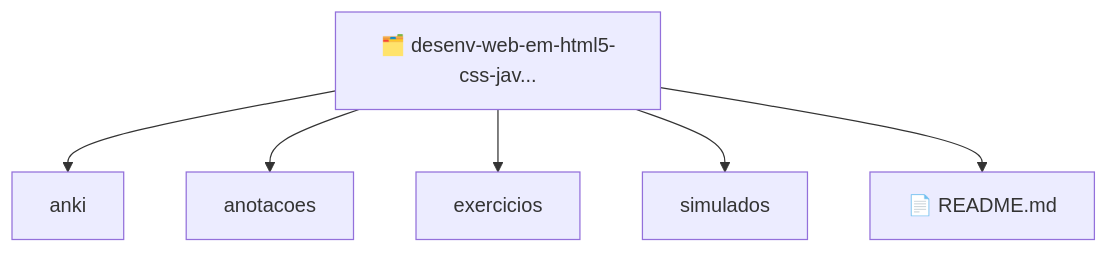
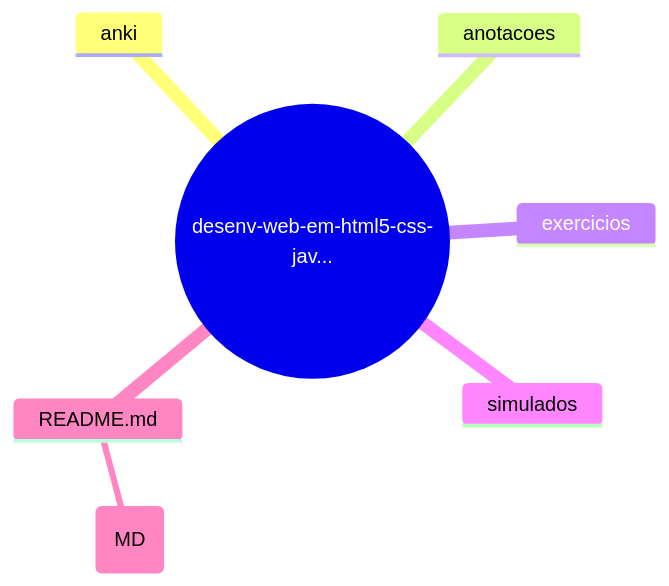
The diagram in 2025-2-Semestre/desenv-web-em-html5-css-javascript-e-php/MAPA_MENTAL.md (jean-nathan/jornada-eng-software), drawn with Mermaid before and after one commit. The commit also changed other lines of this file and 6 other files, not shown here.

Commit message:
003 - Fix GitHub Mermaid mindmap rendering with flowchart syntax v2

````diff
--- a/2025-2-Semestre/desenv-web-em-html5-css-javascript-e-php/MAPA_MENTAL.md
+++ b/2025-2-Semestre/desenv-web-em-html5-css-javascript-e-php/MAPA_MENTAL.md
@@ -7,14 +7,10 @@
 ```mermaid
-flowchart TD
-  root[🗂️ desenv-web-em-html5-css-jav...]
-  root_anki_0[anki]
-  root_anotacoes_1[anotacoes]
-  root_exercicios_2[exercicios]
-  root_simulados_3[simulados]
-  root_README.md_4[📄 README.md]
-  root --> root_anki_0
-  root --> root_anotacoes_1
-  root --> root_exercicios_2
-  root --> root_simulados_3
-  root --> root_README.md_4
+mindmap
+  root((desenv-web-em-html5-css-jav...))
+    anki
+    anotacoes
+    exercicios
+    simulados
+    README.md
+      (MD)
 ```
````
